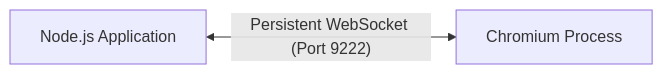
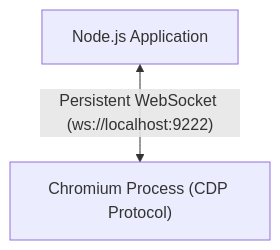
Before and after one commit to naimurhasan/naimurhasan.github.io: the third of 4 diagrams in _posts/2026-10-03-selenium-vs-puppeteer-vs-playwright.md, drawn with Mermaid. The commit also changed other lines of this file and 28 other files, not shown here.

Commit message:
fix(blog): refactor all Mermaid diagrams to vertical legible layouts and restore in-body illustrations

````diff
--- a/_posts/2026-10-03-selenium-vs-puppeteer-vs-playwright.md
+++ b/_posts/2026-10-03-selenium-vs-puppeteer-vs-playwright.md
@@ -77,4 +77,4 @@
 ```mermaid
-flowchart LR
-  Node["Node.js Application"] <-->|"Persistent WebSocket (Port 9222)"| Chrome["Chromium Process"]
+flowchart TD
+  Node["Node.js Application"] <-->|"Persistent WebSocket (ws://localhost:9222)"| Chrome["Chromium Process (CDP Protocol)"]
 ```
````
